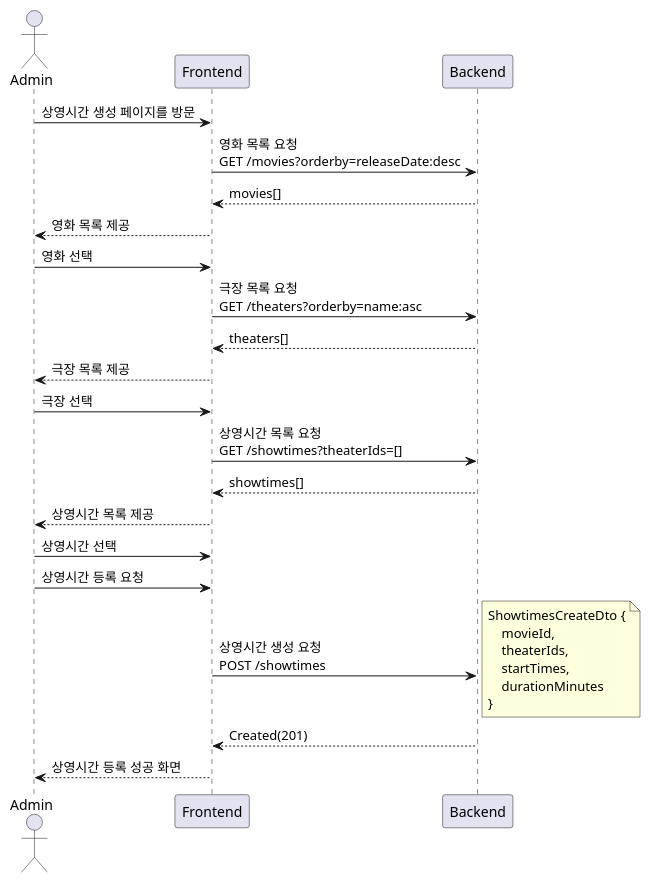
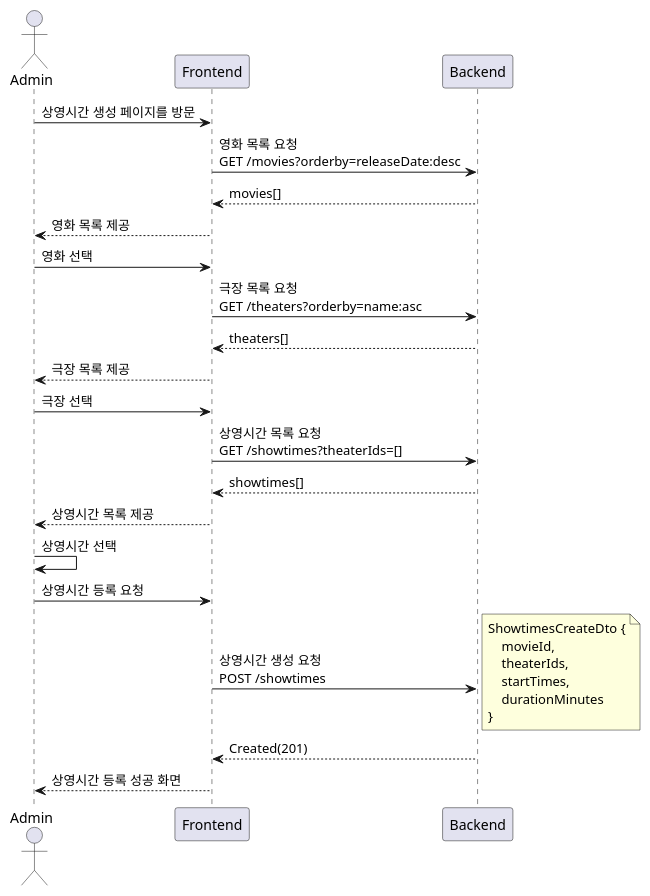
One commit to mannercode/mannercode.github.io changed the sixth of 13 diagrams in _posts/2025-05-01-movie-booking-system-2.md. Above: the diagram before and after it, drawn with PlantUML. The commit also changed other lines of this file and 30 other files, not shown here.

```diff
--- a/_posts/2025-05-01-movie-booking-system-2.md
+++ b/_posts/2025-05-01-movie-booking-system-2.md
@@ -145,35 +236,35 @@
 {% plantuml %}
 @startuml
 actor Admin
 
 Admin -> Frontend: 상영시간 생성 페이지를 방문
     Frontend -> Backend:영화 목록 요청\nGET /movies?orderby=releaseDate:desc
     Frontend <-- Backend: movies[]
 Admin <-- Frontend: 영화 목록 제공
 
 Admin -> Frontend: 영화 선택
     Frontend -> Backend:극장 목록 요청\nGET /theaters?orderby=name:asc
     Frontend <-- Backend: theaters[]
 Admin <-- Frontend: 극장 목록 제공
 
 Admin -> Frontend: 극장 선택
     Frontend -> Backend: 상영시간 목록 요청\nGET /showtimes?theaterIds=[]
     Frontend <-- Backend: showtimes[]
 Admin <-- Frontend: 상영시간 목록 제공
 
-Admin -> Frontend: 상영시간 선택
+Admin -> Admin: 상영시간 선택
 
 Admin -> Frontend: 상영시간 등록 요청
     Frontend -> Backend: 상영시간 생성 요청\nPOST /showtimes
         note right
         ShowtimesCreateDto {
             movieId,
             theaterIds,
             startTimes,
             durationMinutes
         }
         end note
     Frontend <-- Backend: Created(201)
 Admin <-- Frontend: 상영시간 등록 성공 화면
 @enduml
 {% endplantuml %}
```
